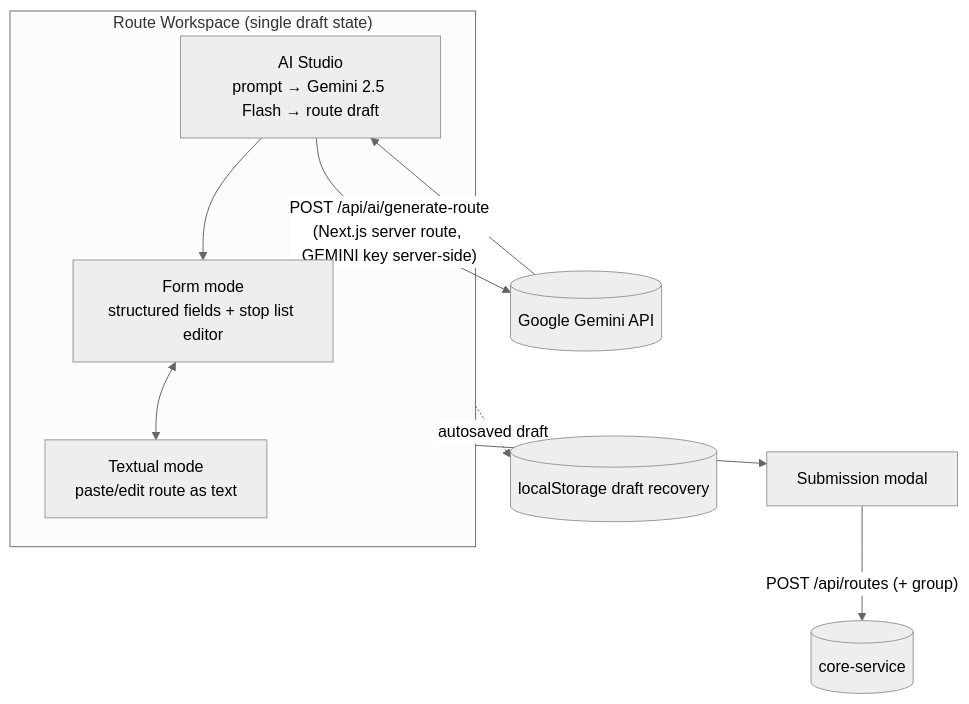
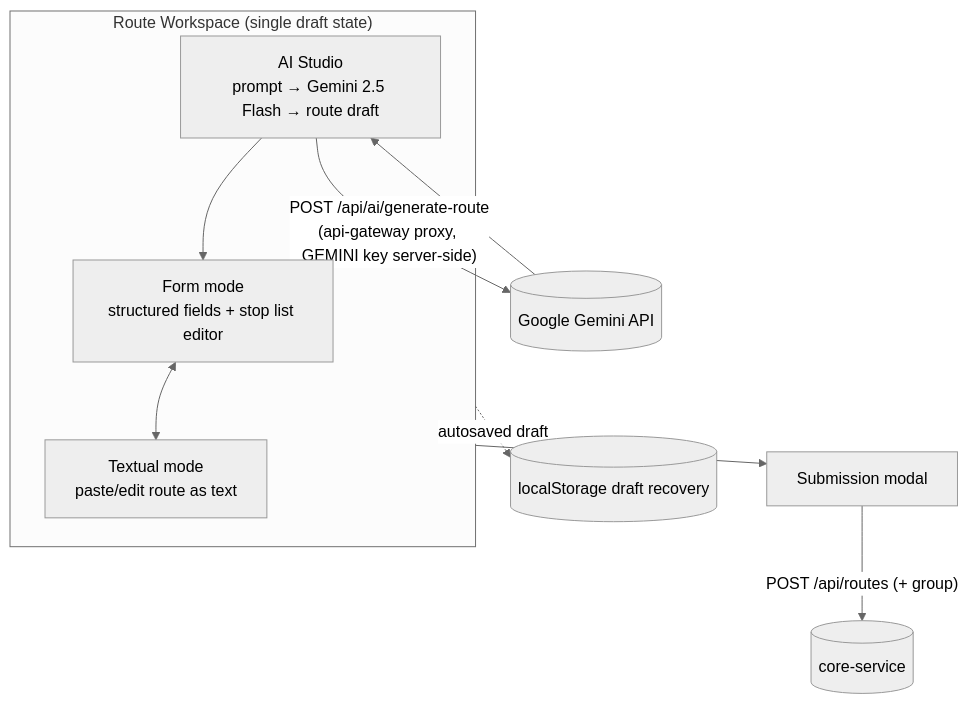
Before and after one commit to kavindadimuthu/busmate: the second of 3 diagrams in docs/route-network-and-operations/routes.md, drawn with Mermaid (neutral theme). The commit also changed other lines of this file and 23 other files, not shown here.

````diff
--- a/docs/route-network-and-operations/routes.md
+++ b/docs/route-network-and-operations/routes.md
@@ -55,15 +55,15 @@
 ```mermaid
 flowchart TD
     subgraph WS["Route Workspace (single draft state)"]
         FM["Form mode<br/>structured fields + stop list editor"]
         TM["Textual mode<br/>paste/edit route as text"]
         AI["AI Studio<br/>prompt → Gemini 2.5 Flash → route draft"]
     end
-    AI -- "POST /api/ai/generate-route<br/>(Next.js server route, GEMINI key server-side)" --> G[(Google Gemini API)]
+    AI -- "POST /api/ai/generate-route<br/>(api-gateway proxy, GEMINI key server-side)" --> G[(Google Gemini API)]
     G --> AI
     FM <--> TM
     AI --> FM
     WS --> SUB[Submission modal]
     SUB -- "POST /api/routes (+ group)" --> CS[(core-service)]
     WS -. autosaved draft .-> LS[(localStorage draft recovery)]
 ```
````
